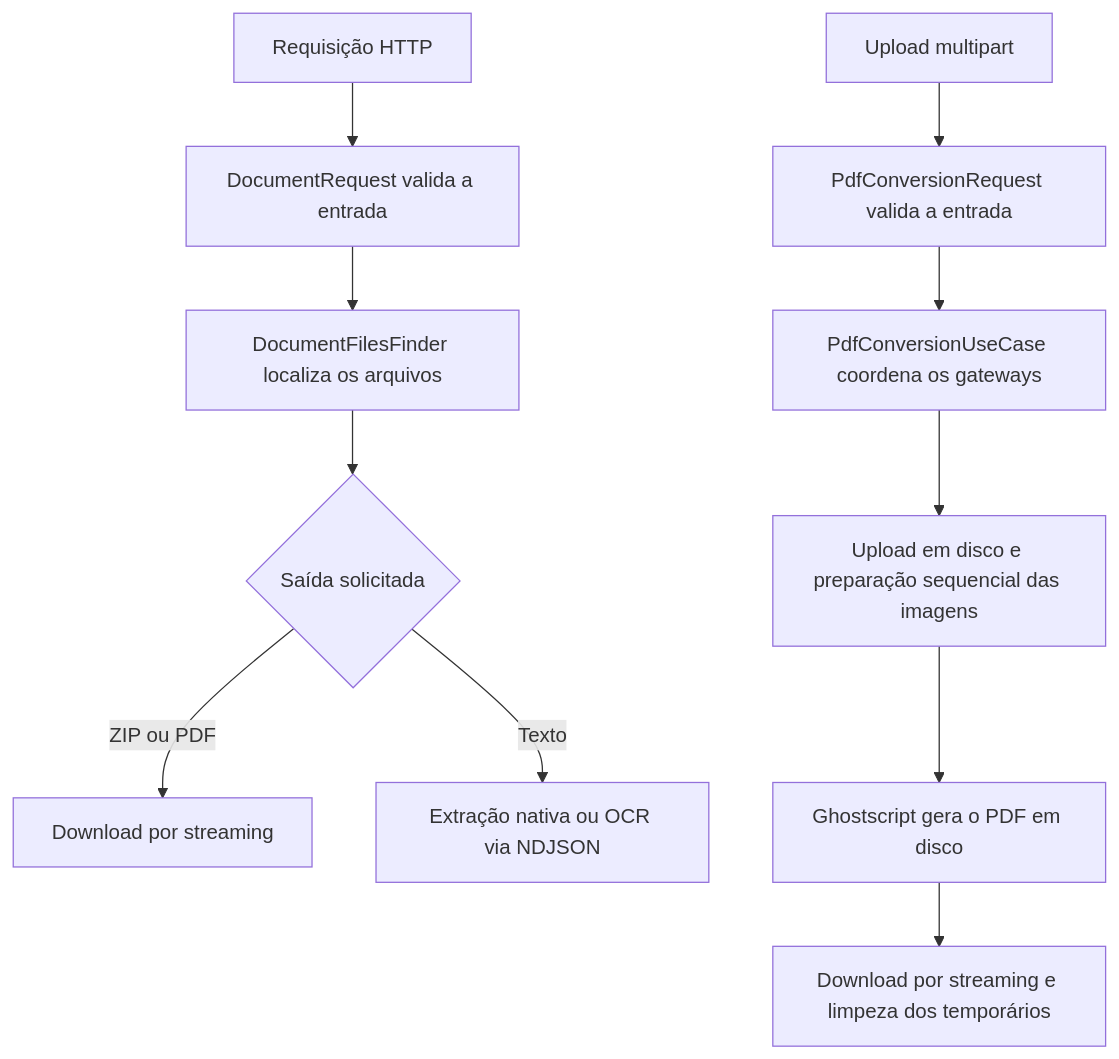
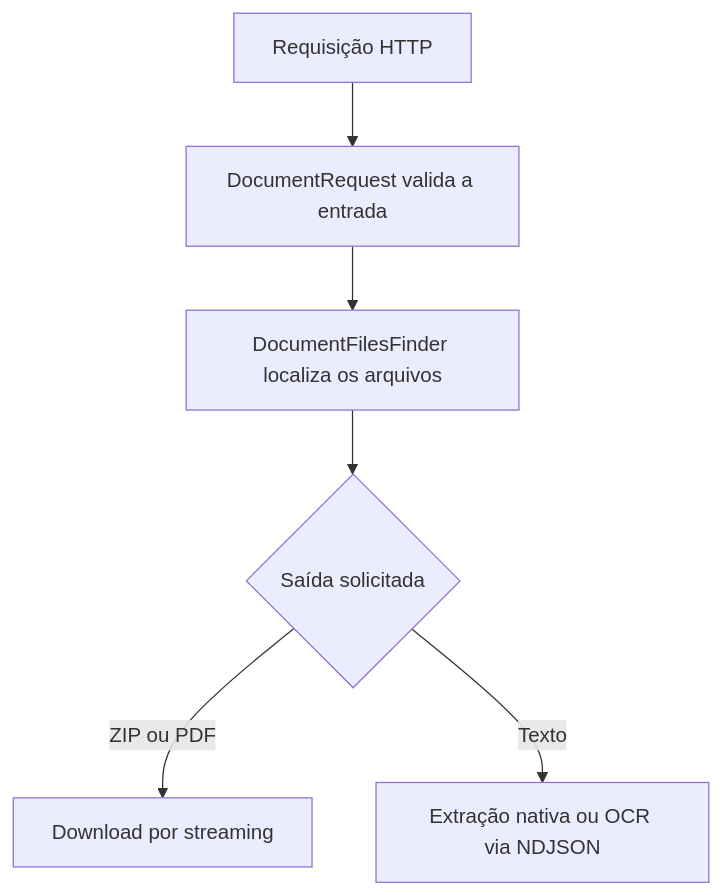
Before and after one commit to marcosfrancomarinho/baixari-backend: the diagram in README.md, drawn with Mermaid. The commit also changed other lines of this file and 24 other files, not shown here.

First line of the commit message:
Remove server-side upload PDF conversion

````diff
--- a/README.md
+++ b/README.md
@@ -49,13 +42,8 @@
 ```mermaid
 flowchart TD
     A["Requisição HTTP"] --> B["DocumentRequest valida a entrada"]
     B --> C["DocumentFilesFinder localiza os arquivos"]
     C --> D{"Saída solicitada"}
     D -->|ZIP ou PDF| E["Download por streaming"]
     D -->|Texto| F["Extração nativa ou OCR via NDJSON"]
-    U["Upload multipart"] --> V["PdfConversionRequest valida a entrada"]
-    V --> W["PdfConversionUseCase coordena os gateways"]
-    W --> X["Upload em disco e preparação sequencial das imagens"]
-    X --> Y["Ghostscript gera o PDF em disco"]
-    Y --> Z["Download por streaming e limpeza dos temporários"]
 ```
````
